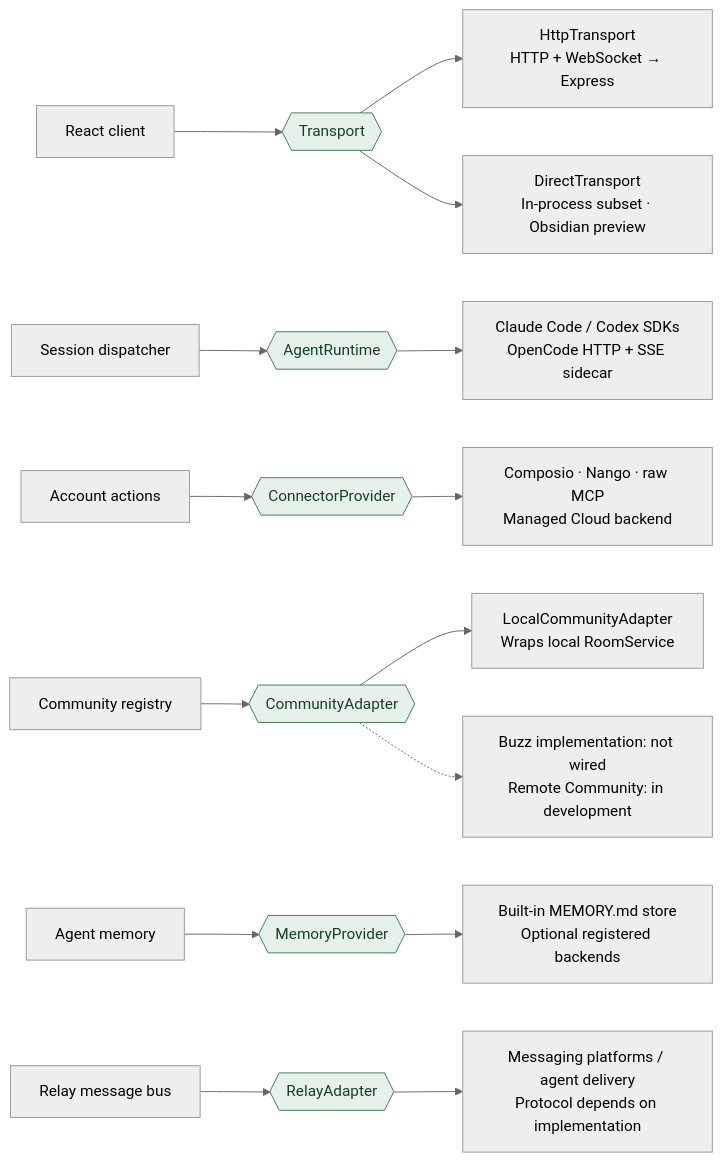
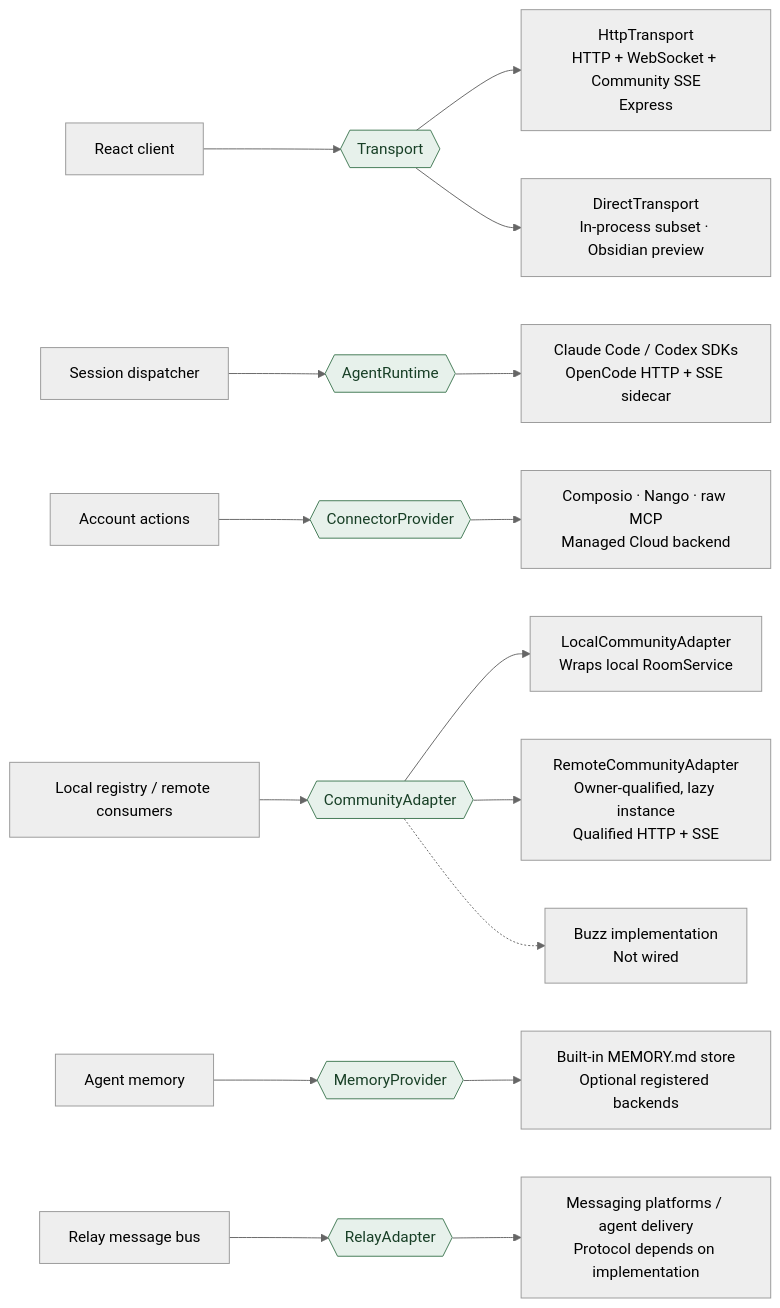
Before and after one commit to dork-labs/dorkos: the diagram in contributing/diagrams/architecture/ports.mmd, drawn with Mermaid (neutral theme). The commit also changed 210 other files, not shown here.

First line of the commit message:
feat(community): connect local agents to self-hosted communities (#1916)

```diff
--- a/contributing/diagrams/architecture/ports.mmd
+++ b/contributing/diagrams/architecture/ports.mmd
@@ -1,19 +1,20 @@
 flowchart LR
   accTitle: DorkOS replaceable interfaces
-  accDescr: Each row names a caller, its port, and implementations. A port is a code boundary, not necessarily a network boundary. Dashed edges mark unwired or future use.
+  accDescr: Each row names a caller, its port, and implementations. A port is a code boundary, not necessarily a network boundary. The dashed Community edge is the unwired Buzz implementation.
   ui["React client"] --> transport{{"Transport"}}
-  transport --> http["HttpTransport<br/>HTTP + WebSocket → Express"]
+  transport --> http["HttpTransport<br/>HTTP + WebSocket + Community SSE<br/>Express"]
   transport --> direct["DirectTransport<br/>In-process subset · Obsidian preview"]
   dispatch["Session dispatcher"] --> agent{{"AgentRuntime"}}
   agent --> runtimes["Claude Code / Codex SDKs<br/>OpenCode HTTP + SSE sidecar"]
   accounts["Account actions"] --> connector{{"ConnectorProvider"}}
   connector --> backends["Composio · Nango · raw MCP<br/>Managed Cloud backend"]
-  rooms["Community registry"] --> community{{"CommunityAdapter"}}
+  rooms["Local registry / remote consumers"] --> community{{"CommunityAdapter"}}
   community --> local["LocalCommunityAdapter<br/>Wraps local RoomService"]
-  community -.-> remote["Buzz implementation: not wired<br/>Remote Community: in development"]
+  community --> remote["RemoteCommunityAdapter<br/>Owner-qualified, lazy instance<br/>Qualified HTTP + SSE"]
+  community -.-> buzz["Buzz implementation<br/>Not wired"]
   notes["Agent memory"] --> memory{{"MemoryProvider"}}
   memory --> files["Built-in MEMORY.md store<br/>Optional registered backends"]
   relay["Relay message bus"] --> messaging{{"RelayAdapter"}}
   messaging --> channels["Messaging platforms / agent delivery<br/>Protocol depends on implementation"]
   classDef port fill:#e7f1eb,stroke:#427a55,color:#183f26
   class transport,agent,connector,community,memory,messaging port
```
